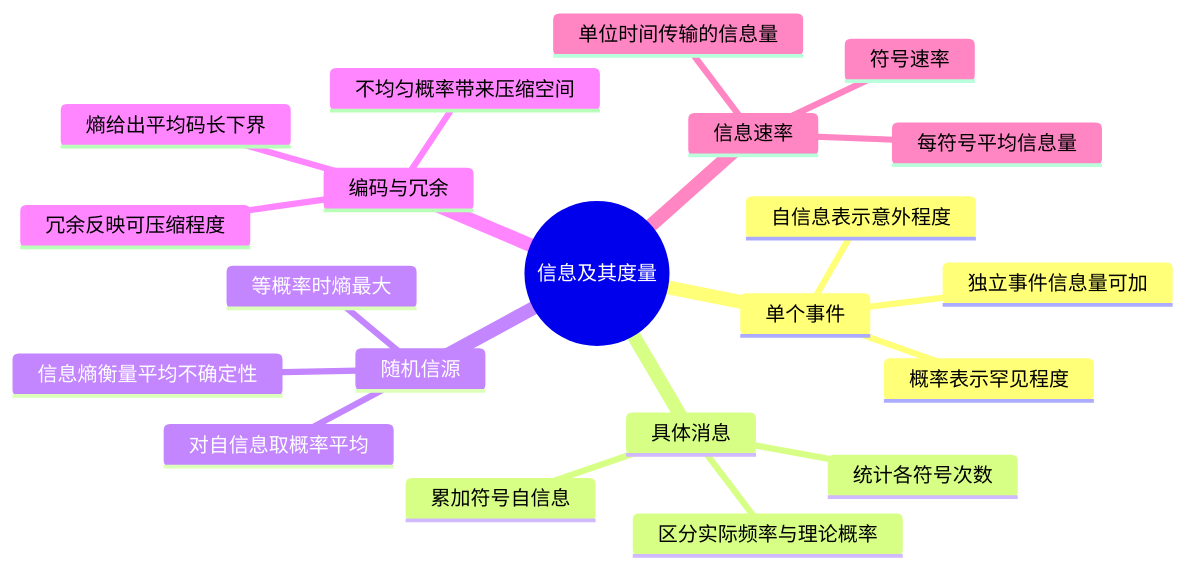
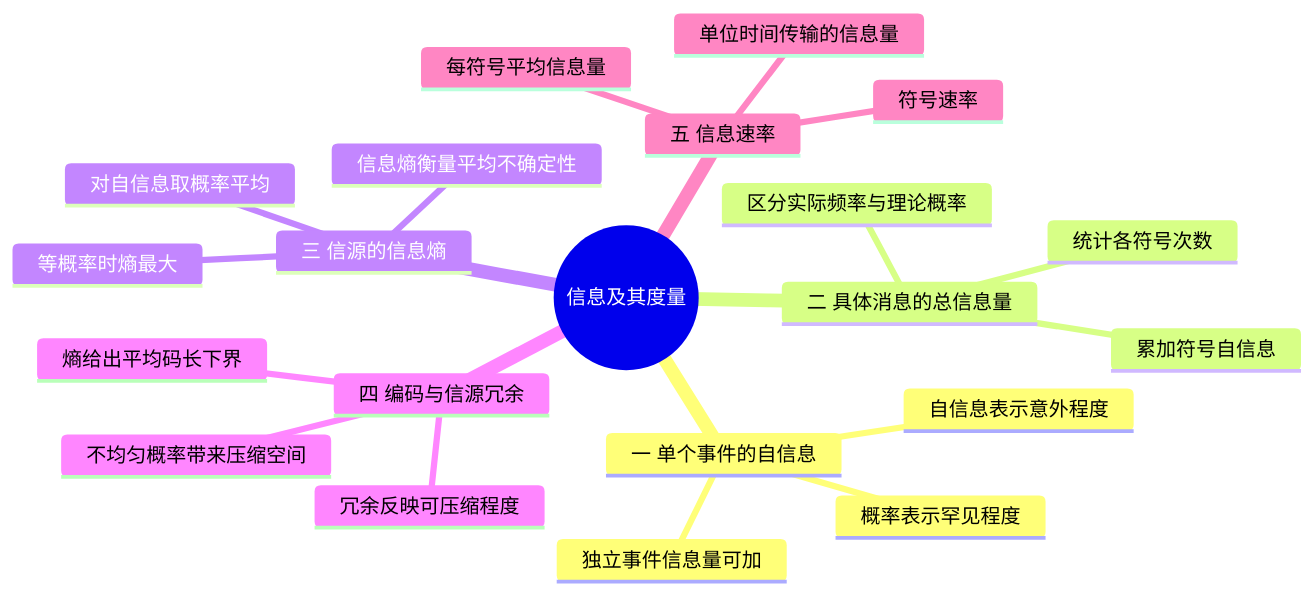
Before and after one commit to 3280441136-lab/My_Obsidian_Notes: the diagram in 学习/学校课程/通信原理（3学分）/03 第3课 信息及其度量.md, drawn with Mermaid. The commit also changed 11 other files, not shown here.

````diff
--- a/学习/学校课程/通信原理（3学分）/03 第3课 信息及其度量.md
+++ b/学习/学校课程/通信原理（3学分）/03 第3课 信息及其度量.md
@@ -5,24 +5,24 @@
 ```mermaid
 mindmap
   root((信息及其度量))
-    单个事件
+    一 单个事件的自信息
       概率表示罕见程度
       自信息表示意外程度
       独立事件信息量可加
-    具体消息
+    二 具体消息的总信息量
       统计各符号次数
       累加符号自信息
       区分实际频率与理论概率
-    随机信源
+    三 信源的信息熵
       对自信息取概率平均
       信息熵衡量平均不确定性
       等概率时熵最大
-    编码与冗余
+    四 编码与信源冗余
       熵给出平均码长下界
       不均匀概率带来压缩空间
       冗余反映可压缩程度
-    信息速率
+    五 信息速率
       每符号平均信息量
       符号速率
       单位时间传输的信息量
 ```
````
